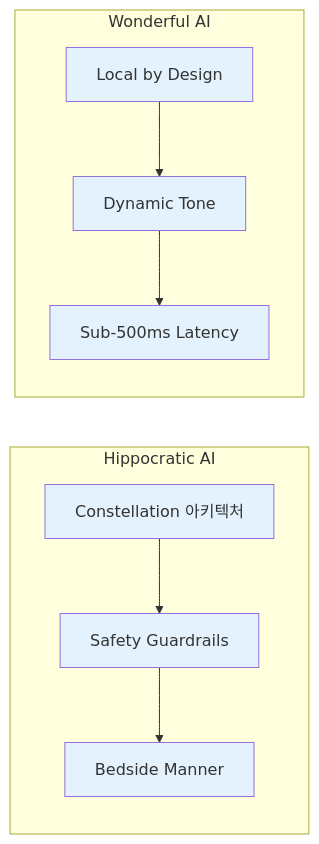
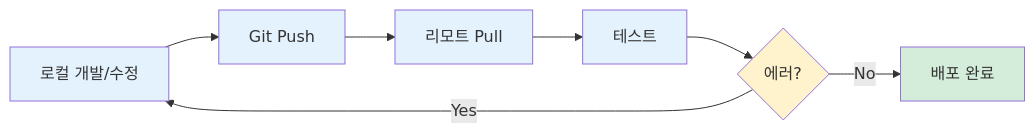
The second of 3 diagrams in appendix-b/B01.md (Kanghyeop/pages-book-agent101), drawn with Mermaid before and after one commit. The commit also changed other lines of this file and 12 other files, not shown here.

````diff
--- a/appendix-b/B01.md
+++ b/appendix-b/B01.md
@@ -261,19 +102,16 @@
 ```mermaid
 flowchart LR
-    subgraph Hippo["Hippocratic AI"]
-        H1["Constellation 아키텍처"] --> H2["Safety Guardrails"]
-        H2 --> H3["Bedside Manner"]
-    end
+    L["로컬 개발/수정"] --> P["Git Push"]
+    P --> R["리모트 Pull"]
+    R --> T["테스트"]
+    T --> E{"에러?"}
+    E -->|Yes| L
+    E -->|No| D["배포 완료"]
 
-    subgraph Wonder["Wonderful AI"]
-        W1["Local by Design"] --> W2["Dynamic Tone"]
-        W2 --> W3["Sub-500ms Latency"]
-    end
-
-    style H1 fill:#E3F2FD
-    style H2 fill:#E3F2FD
-    style H3 fill:#E3F2FD
-    style W1 fill:#E3F2FD
-    style W2 fill:#E3F2FD
-    style W3 fill:#E3F2FD
+    style L fill:#E3F2FD
+    style P fill:#E3F2FD
+    style R fill:#E3F2FD
+    style T fill:#E3F2FD
+    style D fill:#D4EDDA
+    style E fill:#FFF3CD
 ```
````
